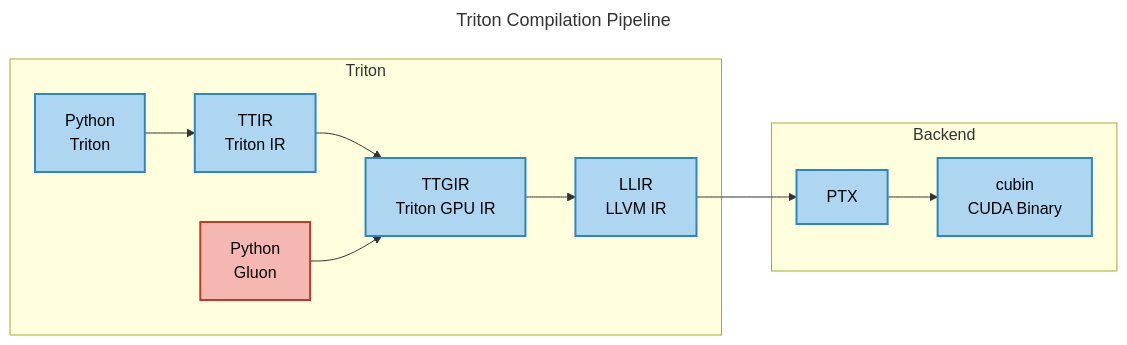
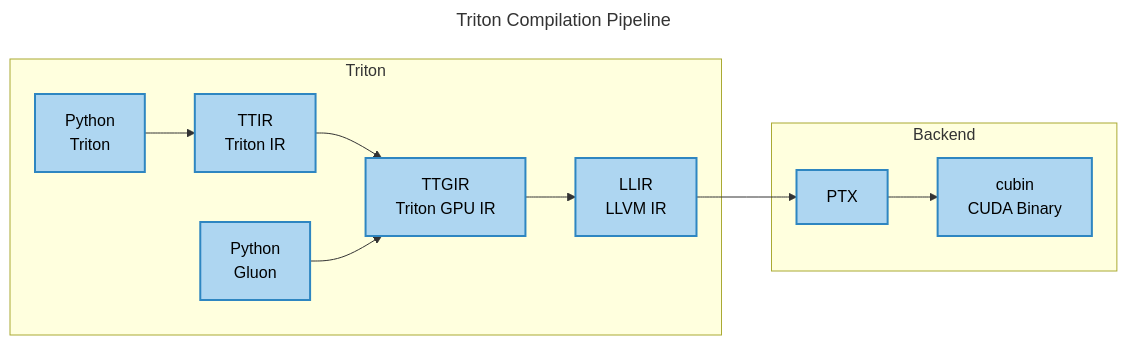
The diagram in README.md (toyaix/triton-runner), drawn with Mermaid before and after one commit. The commit also changed other lines of this file and 6 other files, not shown here.

````diff
--- a/README.md
+++ b/README.md
@@ -53,22 +53,22 @@
 ```mermaid
 ---
 title: Triton Compilation Pipeline
 ---
 flowchart LR
 
     subgraph Triton
         A["Python<br>Triton"]:::supported --> B["TTIR<br>Triton IR"]:::supported
         B --> C["TTGIR<br>Triton GPU IR"]:::supported
         C --> D["LLIR<br>LLVM IR"]:::supported
 
-        Gluon["Python<br>Gluon"]:::unsupported --> C
+        Gluon["Python<br>Gluon"]:::supported --> C
     end
 
     subgraph Backend
         D --> E["PTX"]:::supported
         E --> F["cubin<br>CUDA Binary"]:::supported
     end
 
     classDef supported fill:#AED6F1,stroke:#2E86C1,stroke-width:2px,color:#000000;
     classDef unsupported fill:#F5B7B1,stroke:#C0392B,stroke-width:2px,color:#000000;
 ```
````
